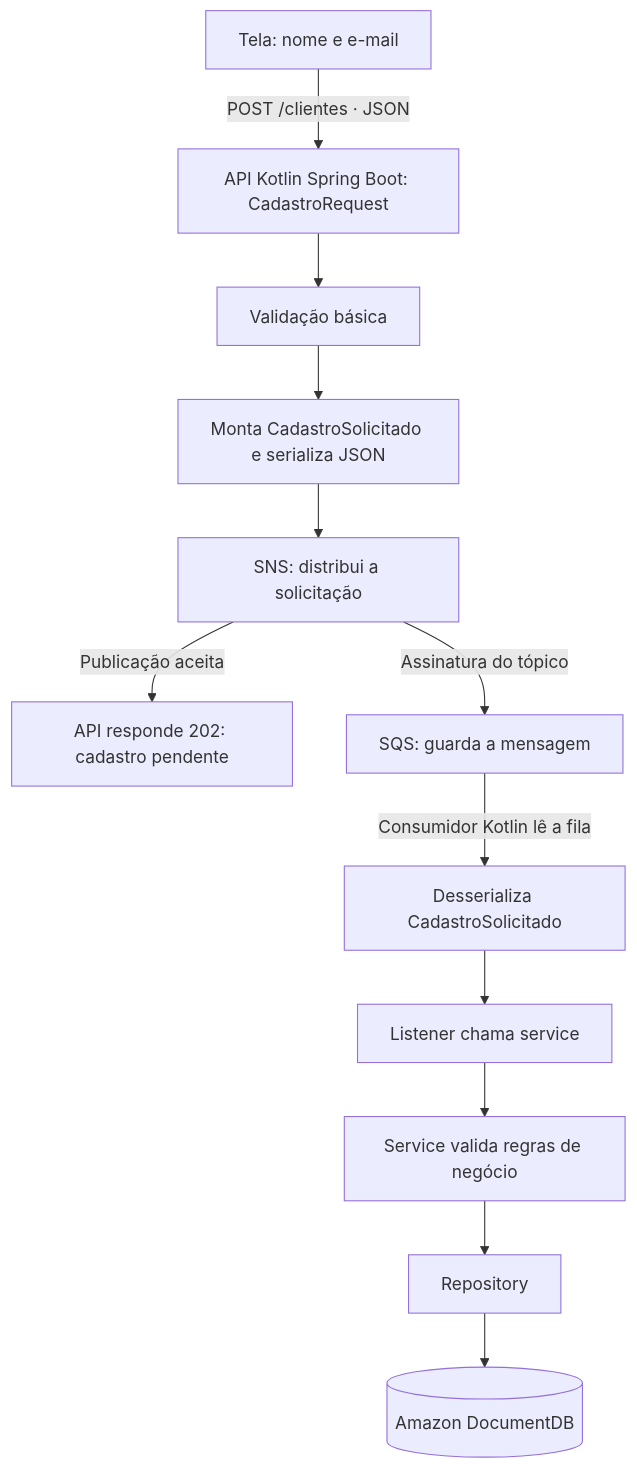
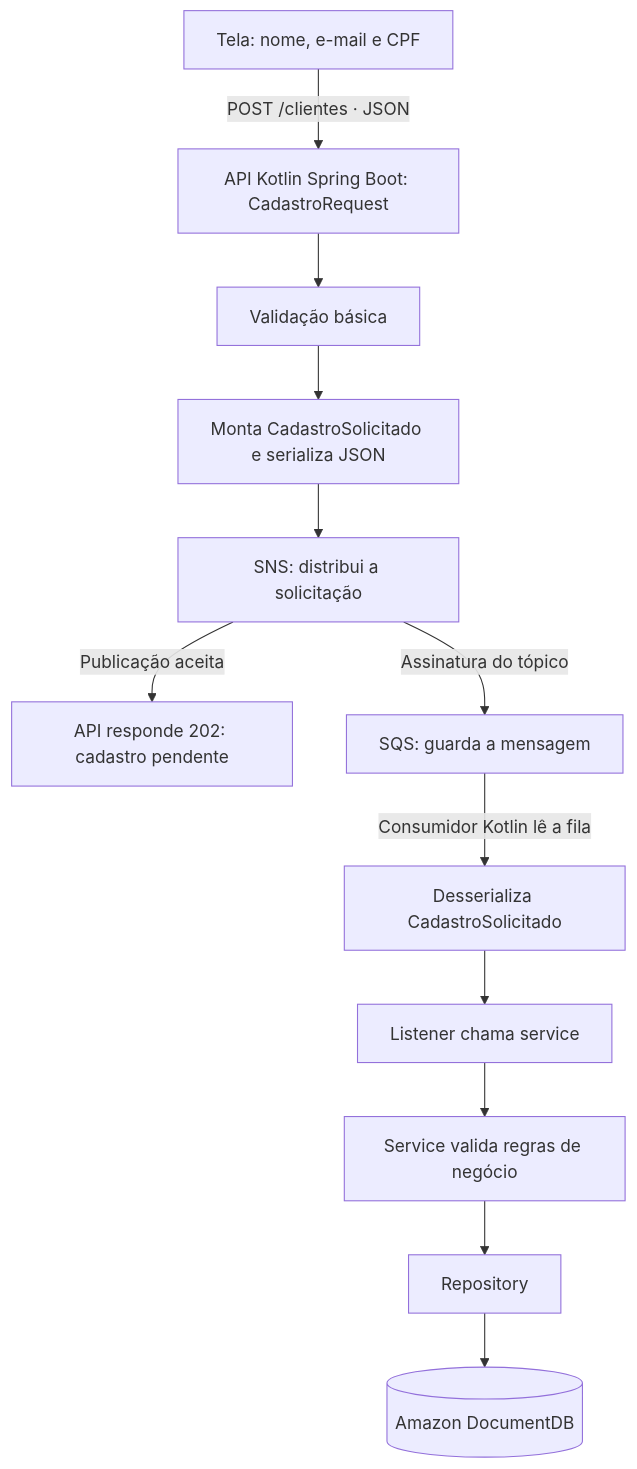
Before and after one commit to fabiojfadsg/kotlin-api-sns-sqs-documentdb-lab: the diagram in docs/contexto.md, drawn with Mermaid. The commit also changed other lines of this file and 27 other files, not shown here.

````diff
--- a/docs/contexto.md
+++ b/docs/contexto.md
@@ -26,14 +26,14 @@
 ```mermaid
 flowchart TD
-    T["Tela: nome e e-mail"] -->|"POST /clientes · JSON"| A["API Kotlin Spring Boot: CadastroRequest"]
+    T["Tela: nome, e-mail e CPF"] -->|"POST /clientes · JSON"| A["API Kotlin Spring Boot: CadastroRequest"]
     A --> V["Validação básica"]
     V --> E["Monta CadastroSolicitado e serializa JSON"]
     E --> SNS["SNS: distribui a solicitação"]
     SNS -->|"Publicação aceita"| R["API responde 202: cadastro pendente"]
     SNS -->|"Assinatura do tópico"| SQS["SQS: guarda a mensagem"]
     SQS -->|"Consumidor Kotlin lê a fila"| C["Desserializa CadastroSolicitado"]
     C --> L["Listener chama service"]
     L --> S["Service valida regras de negócio"]
     S --> RE["Repository"]
     RE --> DB[("Amazon DocumentDB")]
 ```
````
